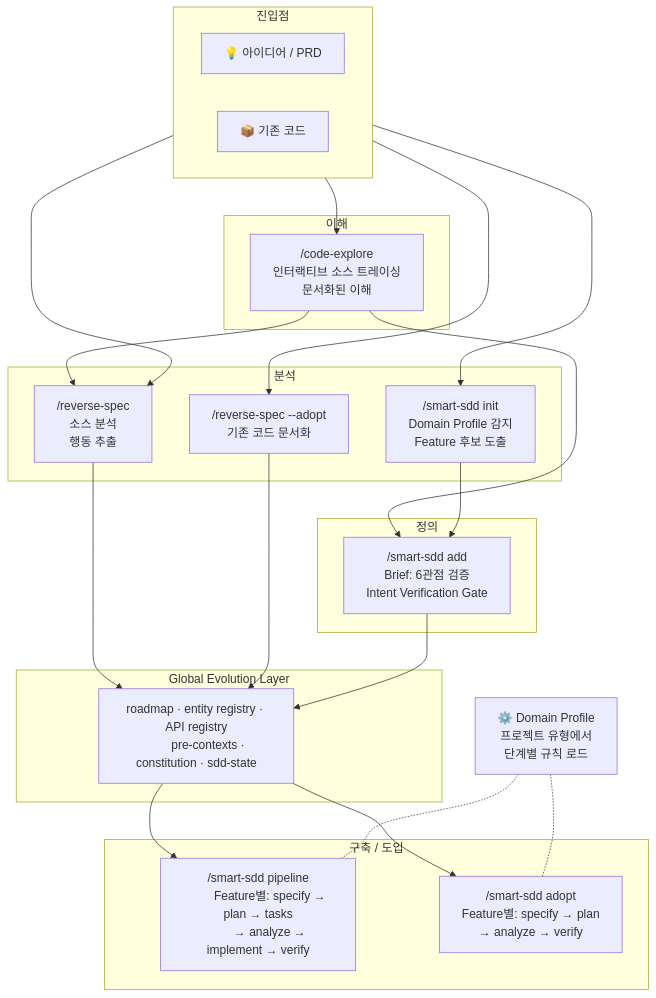
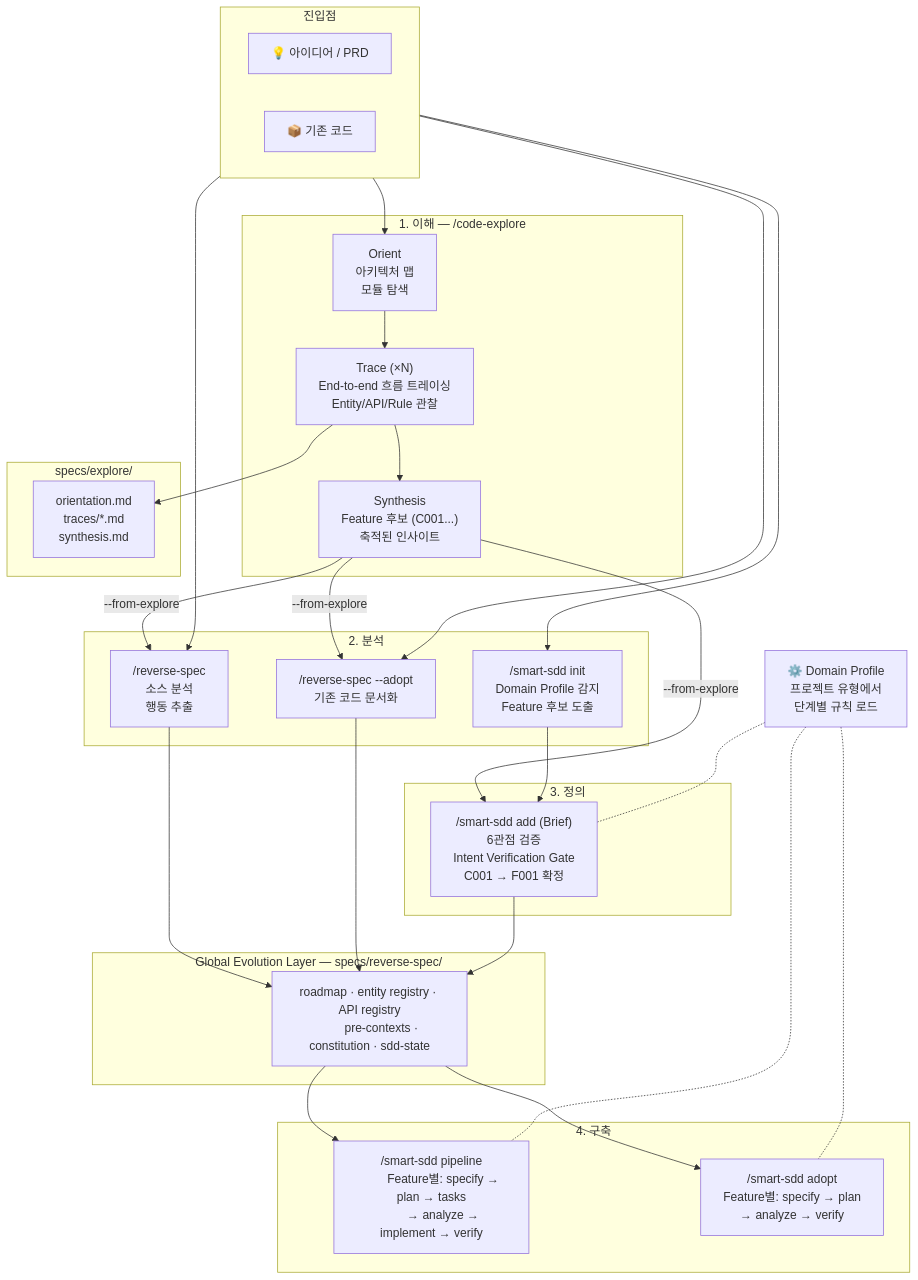
The second of 5 diagrams in README.ko.md (coolhero/spec-kit-skills), drawn with Mermaid before and after one commit. The commit also changed other lines of this file and 1 other file, not shown here.

Commit message:
Expand overview diagram to show full skill lifecycle with artifacts
Replace entry-point-only diagram with comprehensive flow showing:
- code-explore internal phases (orient → trace ×N → synthesis)
- Artifact output path (specs/explore/)
- Handoff connections (--from-explore → reverse-spec/add/adopt)
- C001 → F001 candidate-to-Feature confirmation
- Domain Profile influence on define + build phases
- Explanatory paragraph linking all four stages

````diff
--- a/README.ko.md
+++ b/README.ko.md
@@ -182,13 +182,26 @@
         CODE["📦 기존 코드"]
     end
 
-    subgraph explore["이해"]
-        CE["/code-explore
-        인터랙티브 소스 트레이싱
-        문서화된 이해"]
+    subgraph explore["1. 이해 — /code-explore"]
+        CE_ORIENT["Orient
+        아키텍처 맵
+        모듈 탐색"]
+        CE_TRACE["Trace (×N)
+        End-to-end 흐름 트레이싱
+        Entity/API/Rule 관찰"]
+        CE_SYNTH["Synthesis
+        Feature 후보 (C001...)
+        축적된 인사이트"]
+        CE_ORIENT --> CE_TRACE --> CE_SYNTH
     end
 
-    subgraph analyze["분석"]
+    subgraph explore_out["specs/explore/"]
+        EO["orientation.md
+        traces/*.md
+        synthesis.md"]
+    end
+
+    subgraph analyze["2. 분석"]
         INIT["/smart-sdd init
         Domain Profile 감지
         Feature 후보 도출"]
@@ -199,18 +212,19 @@
         기존 코드 문서화"]
     end
 
-    subgraph define["정의"]
-        ADD["/smart-sdd add
-        Brief: 6관점 검증
-        Intent Verification Gate"]
+    subgraph define["3. 정의"]
+        ADD["/smart-sdd add (Brief)
+        6관점 검증
+        Intent Verification Gate
+        C001 → F001 확정"]
     end
 
-    subgraph artifacts["Global Evolution Layer"]
+    subgraph gel["Global Evolution Layer — specs/reverse-spec/"]
         GEL["roadmap · entity registry · API registry
         pre-contexts · constitution · sdd-state"]
     end
 
-    subgraph build["구축 / 도입"]
+    subgraph build["4. 구축"]
         PIPELINE["/smart-sdd pipeline
         Feature별: specify → plan → tasks
         → analyze → implement → verify"]
@@ -223,10 +237,14 @@
     프로젝트 유형에서
     단계별 규칙 로드"]
 
+    CODE --> CE_ORIENT
+    CE_TRACE --> EO
     IDEA --> INIT
-    CODE --> CE
-    CE --> RS
-    CE --> ADD
+
+    CE_SYNTH -- "--from-explore" --> RS
+    CE_SYNTH -- "--from-explore" --> ADD
+    CE_SYNTH -- "--from-explore" --> ADOPT_RS
+
     CODE --> RS
     CODE --> ADOPT_RS
     INIT --> ADD
@@ -237,4 +255,5 @@
     GEL --> ADOPT_P
     DP -.- PIPELINE
     DP -.- ADOPT_P
+    DP -.- ADD
 ```
````
